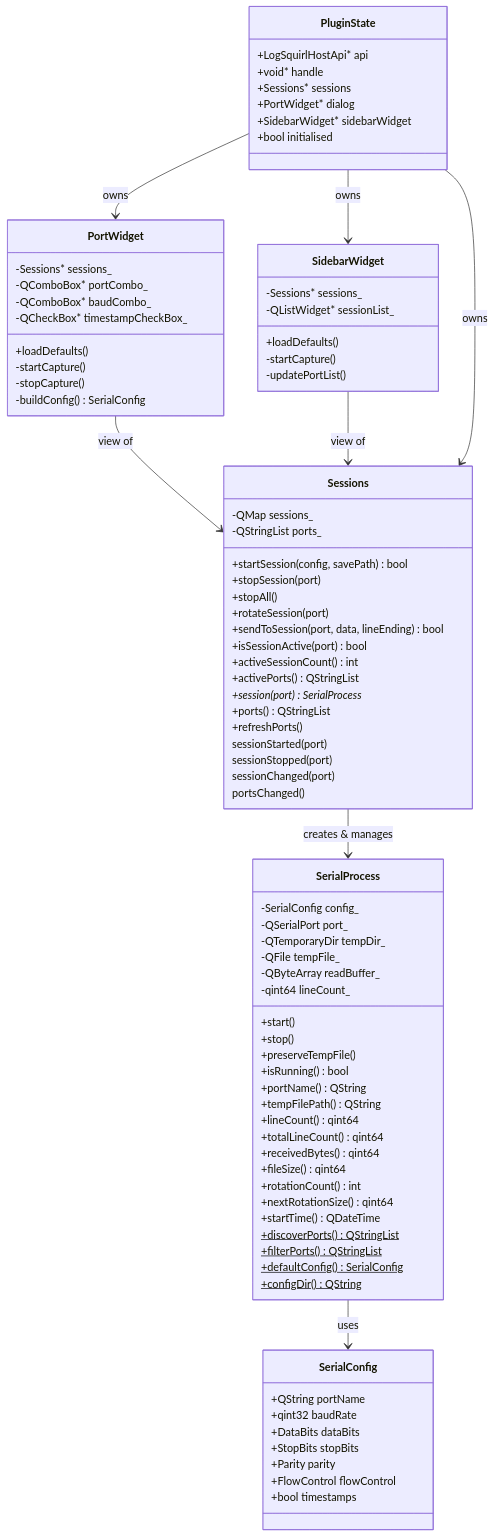
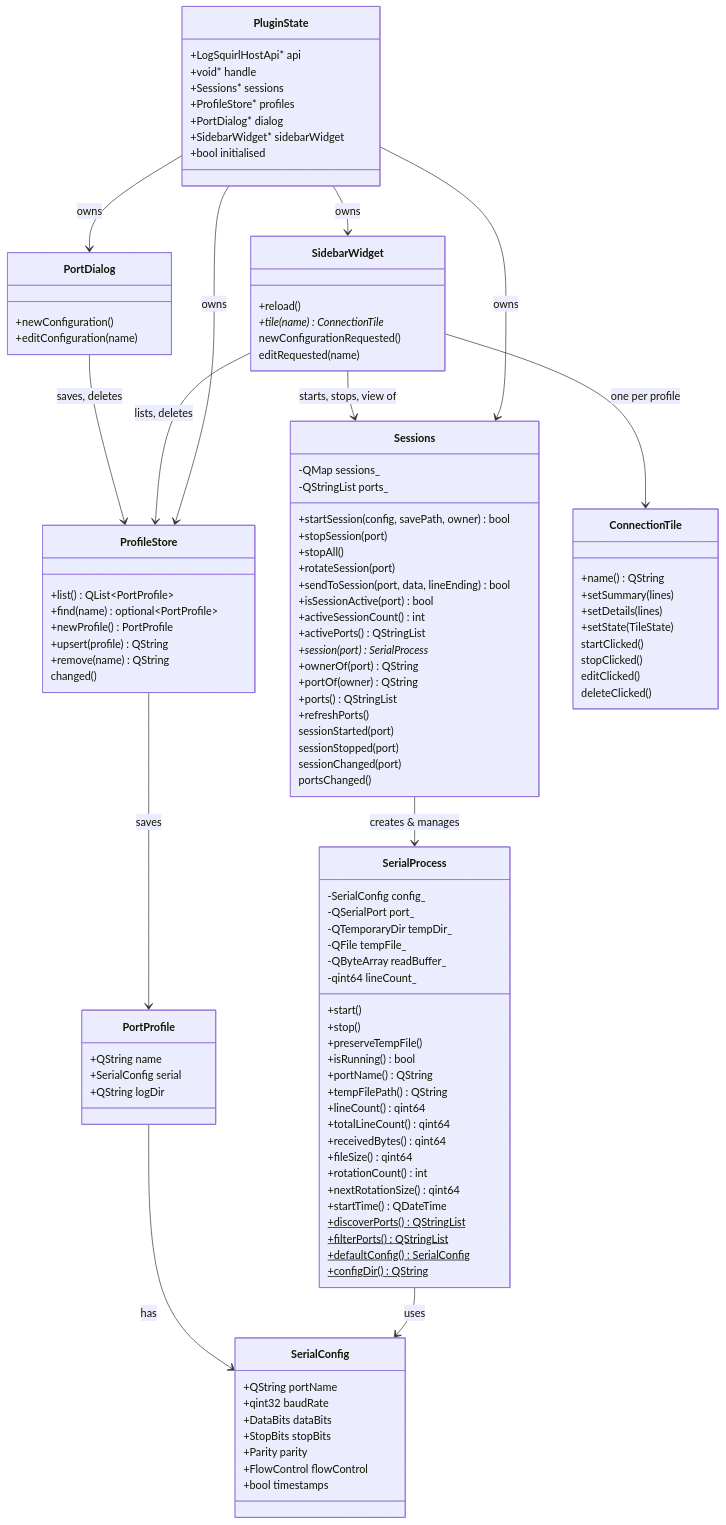
One commit to 64x-lunicorn/LogSquirl-Serial changed the second of 2 diagrams in docs/DEVELOPER_GUIDE.md. Above: the diagram before and after it, drawn with Mermaid. The commit also changed other lines of this file and 29 other files, not shown here.

First line of the commit message:
Saved port configurations, one tile each in the sidebar (#50)

````diff
--- a/docs/DEVELOPER_GUIDE.md
+++ b/docs/DEVELOPER_GUIDE.md
@@ -67,7 +68,8 @@
         +LogSquirlHostApi* api
         +void* handle
         +Sessions* sessions
-        +PortWidget* dialog
+        +ProfileStore* profiles
+        +PortDialog* dialog
         +SidebarWidget* sidebarWidget
         +bool initialised
     }
@@ -111,7 +113,7 @@
     class Sessions {
         -QMap sessions_
         -QStringList ports_
-        +startSession(config, savePath) bool
+        +startSession(config, savePath, owner) bool
         +stopSession(port)
         +stopAll()
         +rotateSession(port)
@@ -120,6 +122,8 @@
         +activeSessionCount() int
         +activePorts() QStringList
         +session(port) SerialProcess*
+        +ownerOf(port) QString
+        +portOf(owner) QString
         +ports() QStringList
         +refreshPorts()
         sessionStarted(port)
@@ -128,30 +132,54 @@
         portsChanged()
     }
 
-    class PortWidget {
-        -Sessions* sessions_
-        -QComboBox* portCombo_
-        -QComboBox* baudCombo_
-        -QCheckBox* timestampCheckBox_
-        +loadDefaults()
-        -startCapture()
-        -stopCapture()
-        -buildConfig() SerialConfig
+    class PortProfile {
+        +QString name
+        +SerialConfig serial
+        +QString logDir
+    }
+
+    class ProfileStore {
+        +list() QList~PortProfile~
+        +find(name) optional~PortProfile~
+        +newProfile() PortProfile
+        +upsert(profile) QString
+        +remove(name) QString
+        changed()
+    }
+
+    class PortDialog {
+        +newConfiguration()
+        +editConfiguration(name)
     }
 
     class SidebarWidget {
-        -Sessions* sessions_
-        -QListWidget* sessionList_
-        +loadDefaults()
-        -startCapture()
-        -updatePortList()
+        +reload()
+        +tile(name) ConnectionTile*
+        newConfigurationRequested()
+        editRequested(name)
+    }
+
+    class ConnectionTile {
+        +name() QString
+        +setSummary(lines)
+        +setDetails(lines)
+        +setState(TileState)
+        startClicked()
+        stopClicked()
+        editClicked()
+        deleteClicked()
     }
 
     Sessions --> SerialProcess : creates & manages
-    PortWidget --> Sessions : view of
-    SidebarWidget --> Sessions : view of
+    ProfileStore --> PortProfile : saves
+    PortProfile --> SerialConfig : has
+    PortDialog --> ProfileStore : saves, deletes
+    SidebarWidget --> ProfileStore : lists, deletes
+    SidebarWidget --> ConnectionTile : one per profile
+    SidebarWidget --> Sessions : starts, stops, view of
     SerialProcess --> SerialConfig : uses
     PluginState --> Sessions : owns
-    PluginState --> PortWidget : owns
+    PluginState --> ProfileStore : owns
+    PluginState --> PortDialog : owns
     PluginState --> SidebarWidget : owns
 ```
````
